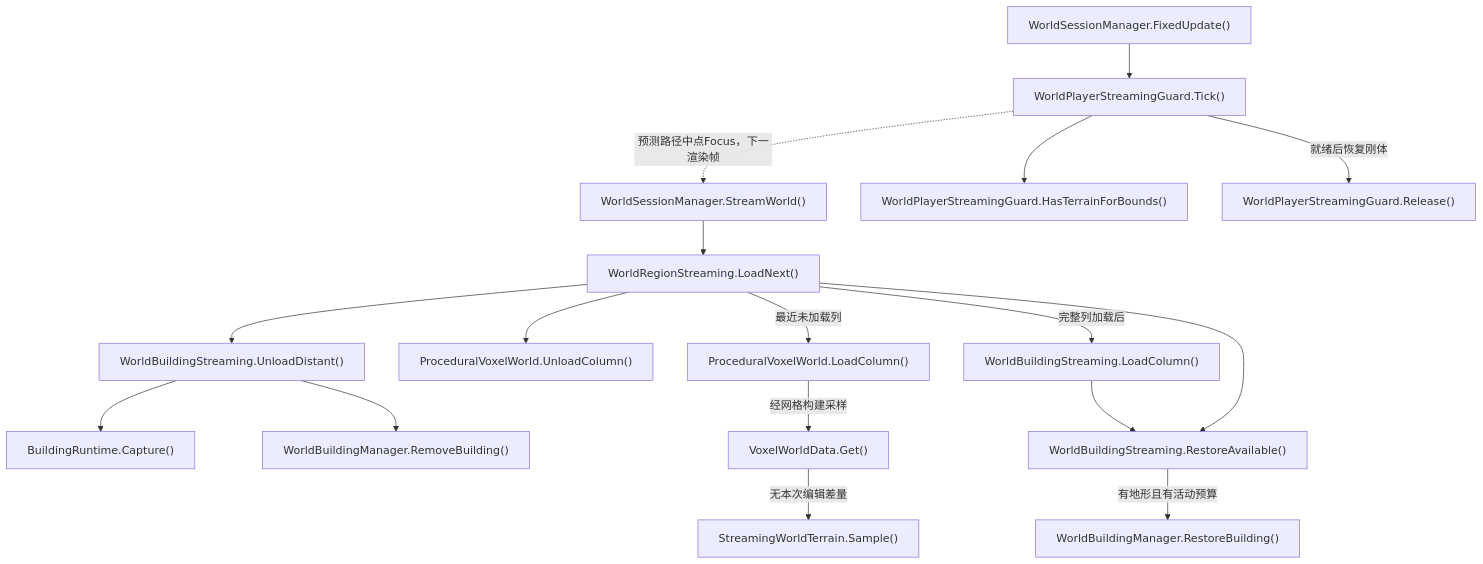
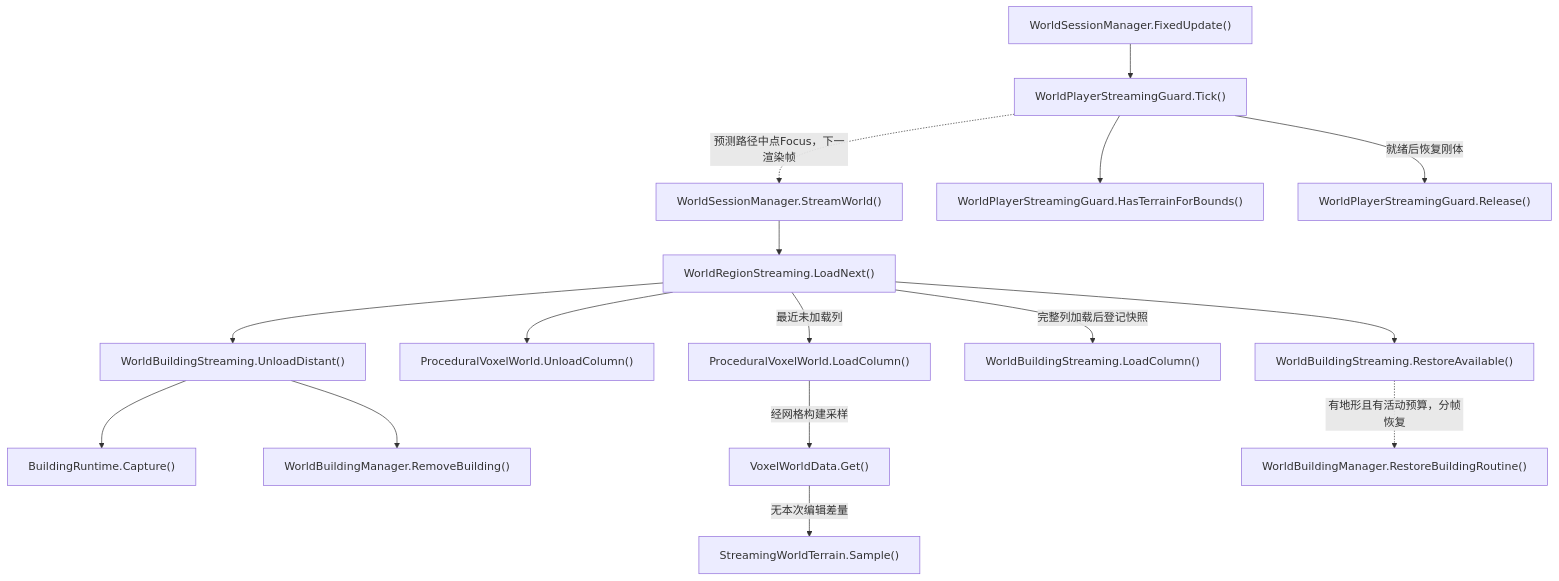
Diagram 14 of 20 in Docs/RuntimeFlow.md (kukudia/HY-Sandbox), drawn with Mermaid before and after one commit. The commit also changed other lines of this file and 45 other files, not shown here.

````diff
--- a/Docs/RuntimeFlow.md
+++ b/Docs/RuntimeFlow.md
@@ -1352,51 +1369,50 @@
 ```mermaid
 flowchart TD
     A["WorldSessionManager.StreamWorld()"]
-    click A "../Assets/Scripts/Features/World/WorldSessionManager.cs#L246" "打开源码"
+    click A "../Assets/Scripts/Features/World/WorldSessionManager.cs#L335" "打开源码"
     B["WorldRegionStreaming.LoadNext()"]
     click B "../Assets/Scripts/Features/World/WorldRegionStreaming.cs#L29" "打开源码"
     C["WorldBuildingStreaming.UnloadDistant()"]
-    click C "../Assets/Scripts/Features/World/WorldBuildingStreaming.cs#L92" "打开源码"
+    click C "../Assets/Scripts/Features/World/WorldBuildingStreaming.cs#L107" "打开源码"
     D["BuildingRuntime.Capture()"]
-    click D "../Assets/Scripts/Features/World/BuildingRuntime.cs#L99" "打开源码"
+    click D "../Assets/Scripts/Features/World/BuildingRuntime.cs#L134" "打开源码"
     E["WorldBuildingManager.RemoveBuilding()"]
-    click E "../Assets/Scripts/Features/World/WorldBuildingManager.cs#L151" "打开源码"
+    click E "../Assets/Scripts/Features/World/WorldBuildingManager.cs#L211" "打开源码"
     F["ProceduralVoxelWorld.UnloadColumn()"]
     click F "../Assets/Scripts/Features/World/ProceduralVoxelWorld.cs#L289" "打开源码"
     G["ProceduralVoxelWorld.LoadColumn()"]
     click G "../Assets/Scripts/Features/World/ProceduralVoxelWorld.cs#L228" "打开源码"
     H["VoxelWorldData.Get()"]
     click H "../Assets/Scripts/Features/World/VoxelWorldData.cs#L28" "打开源码"
     I["StreamingWorldTerrain.Sample()"]
-    click I "../Assets/Scripts/Features/World/StreamingWorldTerrain.cs#L45" "打开源码"
+    click I "../Assets/Scripts/Features/World/StreamingWorldTerrain.cs#L46" "打开源码"
     J["WorldBuildingStreaming.LoadColumn()"]
-    click J "../Assets/Scripts/Features/World/WorldBuildingStreaming.cs#L33" "打开源码"
+    click J "../Assets/Scripts/Features/World/WorldBuildingStreaming.cs#L34" "打开源码"
     K["WorldBuildingStreaming.RestoreAvailable()"]
-    click K "../Assets/Scripts/Features/World/WorldBuildingStreaming.cs#L63" "打开源码"
-    L["WorldBuildingManager.RestoreBuilding()"]
-    click L "../Assets/Scripts/Features/World/WorldBuildingManager.cs#L122" "打开源码"
+    click K "../Assets/Scripts/Features/World/WorldBuildingStreaming.cs#L62" "打开源码"
+    L["WorldBuildingManager.RestoreBuildingRoutine()"]
+    click L "../Assets/Scripts/Features/World/WorldBuildingManager.cs#L145" "打开源码"
     M["WorldSessionManager.FixedUpdate()"]
-    click M "../Assets/Scripts/Features/World/WorldSessionManager.cs#L282" "打开源码"
+    click M "../Assets/Scripts/Features/World/WorldSessionManager.cs#L383" "打开源码"
     N["WorldPlayerStreamingGuard.Tick()"]
-    click N "../Assets/Scripts/Features/World/WorldPlayerStreamingGuard.cs#L30" "打开源码"
+    click N "../Assets/Scripts/Features/World/WorldPlayerStreamingGuard.cs#L31" "打开源码"
     O["WorldPlayerStreamingGuard.HasTerrainForBounds()"]
-    click O "../Assets/Scripts/Features/World/WorldPlayerStreamingGuard.cs#L98" "打开源码"
+    click O "../Assets/Scripts/Features/World/WorldPlayerStreamingGuard.cs#L99" "打开源码"
     P["WorldPlayerStreamingGuard.Release()"]
-    click P "../Assets/Scripts/Features/World/WorldPlayerStreamingGuard.cs#L154" "打开源码"
+    click P "../Assets/Scripts/Features/World/WorldPlayerStreamingGuard.cs#L158" "打开源码"
     A --> B
     B --> C
     C --> D
     C --> E
     B --> F
     B -->|最近未加载列| G
     G -->|经网格构建采样| H
     H -->|无本次编辑差量| I
-    B -->|完整列加载后| J
-    J --> K
+    B -->|完整列加载后登记快照| J
     B --> K
-    K -->|有地形且有活动预算| L
+    K -.->|有地形且有活动预算，分帧恢复| L
     M --> N
     N --> O
     N -->|就绪后恢复刚体| P
     N -.->|预测路径中点Focus，下一渲染帧| A
 ```
````
